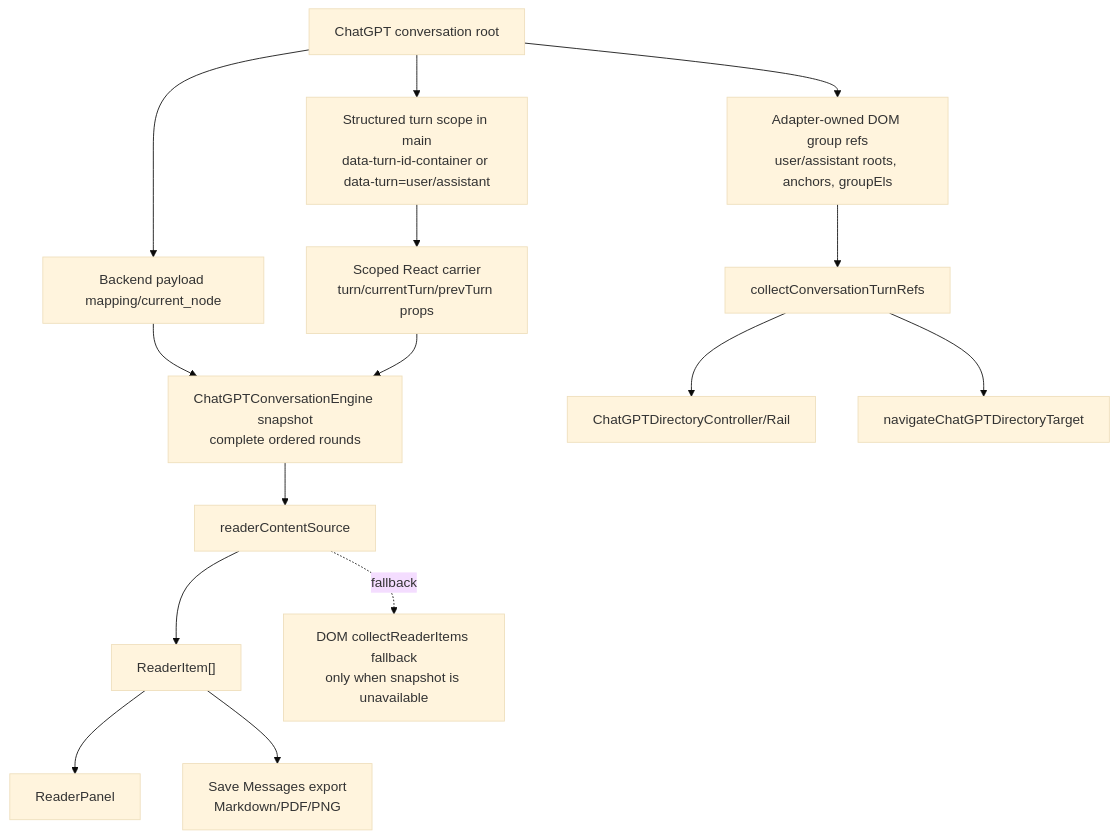
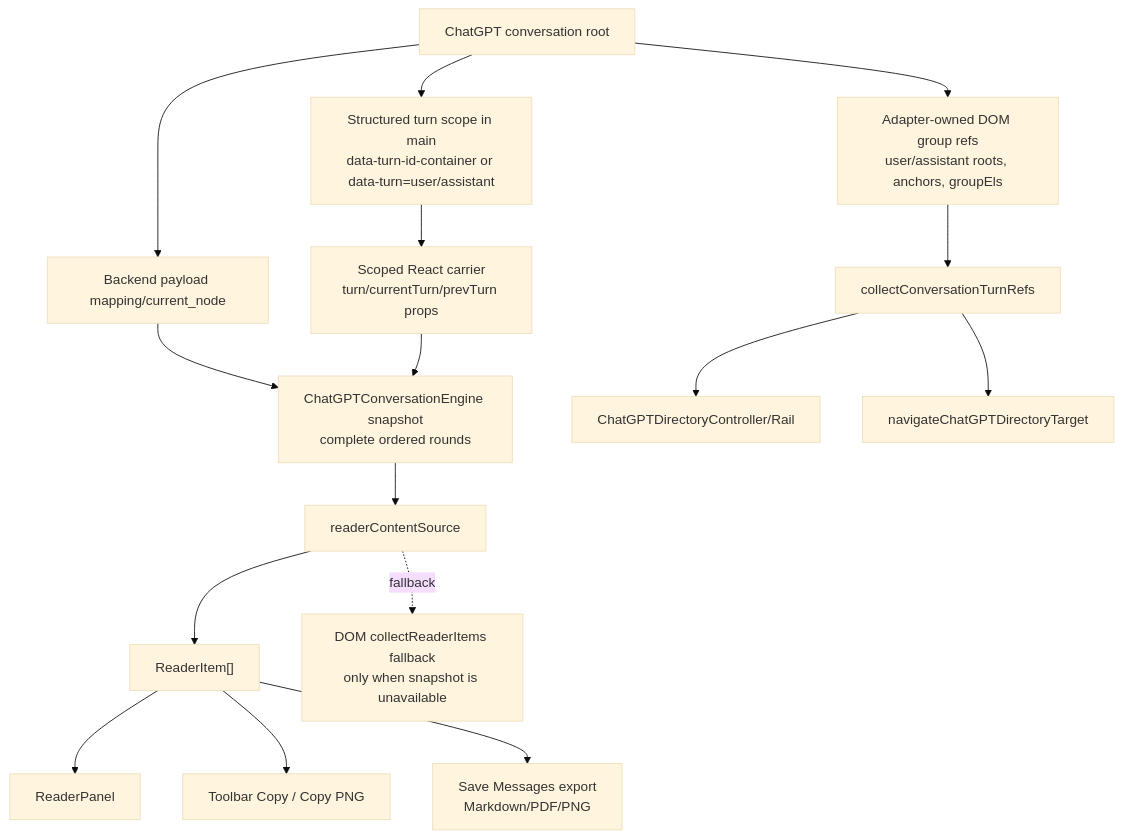
The diagram in docs/architecture/CURRENT_STATE.md (zhaoliangbin42/AI-MarkDone), drawn with Mermaid (base theme) before and after one commit. The commit also changed other lines of this file and 8 other files, not shown here.

Commit message:
fix: reuse reader content for toolbar copy

````diff
--- a/docs/architecture/CURRENT_STATE.md
+++ b/docs/architecture/CURRENT_STATE.md
@@ -90,32 +90,34 @@
 ```mermaid
 flowchart TD
     Root["ChatGPT conversation root"]
     Payload["Backend payload mapping/current_node"]
     Scope["Structured turn scope in main<br/>data-turn-id-container or data-turn=user/assistant"]
     Carrier["Scoped React carrier<br/>turn/currentTurn/prevTurn props"]
     Snapshot["ChatGPTConversationEngine snapshot<br/>complete ordered rounds"]
     ReaderSource["readerContentSource"]
     ReaderItems["ReaderItem[]"]
     Reader["ReaderPanel"]
+    ToolbarCopy["Toolbar Copy / Copy PNG"]
     Export["Save Messages export<br/>Markdown/PDF/PNG"]
     AdapterGroups["Adapter-owned DOM group refs<br/>user/assistant roots, anchors, groupEls"]
     TurnRefs["collectConversationTurnRefs"]
     Directory["ChatGPTDirectoryController/Rail"]
     Navigation["navigateChatGPTDirectoryTarget"]
     DomFallback["DOM collectReaderItems fallback<br/>only when snapshot is unavailable"]
 
     Root --> Payload
     Root --> Scope
     Scope --> Carrier
     Payload --> Snapshot
     Carrier --> Snapshot
     Snapshot --> ReaderSource
     ReaderSource --> ReaderItems
     ReaderItems --> Reader
+    ReaderItems --> ToolbarCopy
     ReaderItems --> Export
     Root --> AdapterGroups
     AdapterGroups --> TurnRefs
     TurnRefs --> Directory
     TurnRefs --> Navigation
     ReaderSource -. fallback .-> DomFallback
 ```
````
